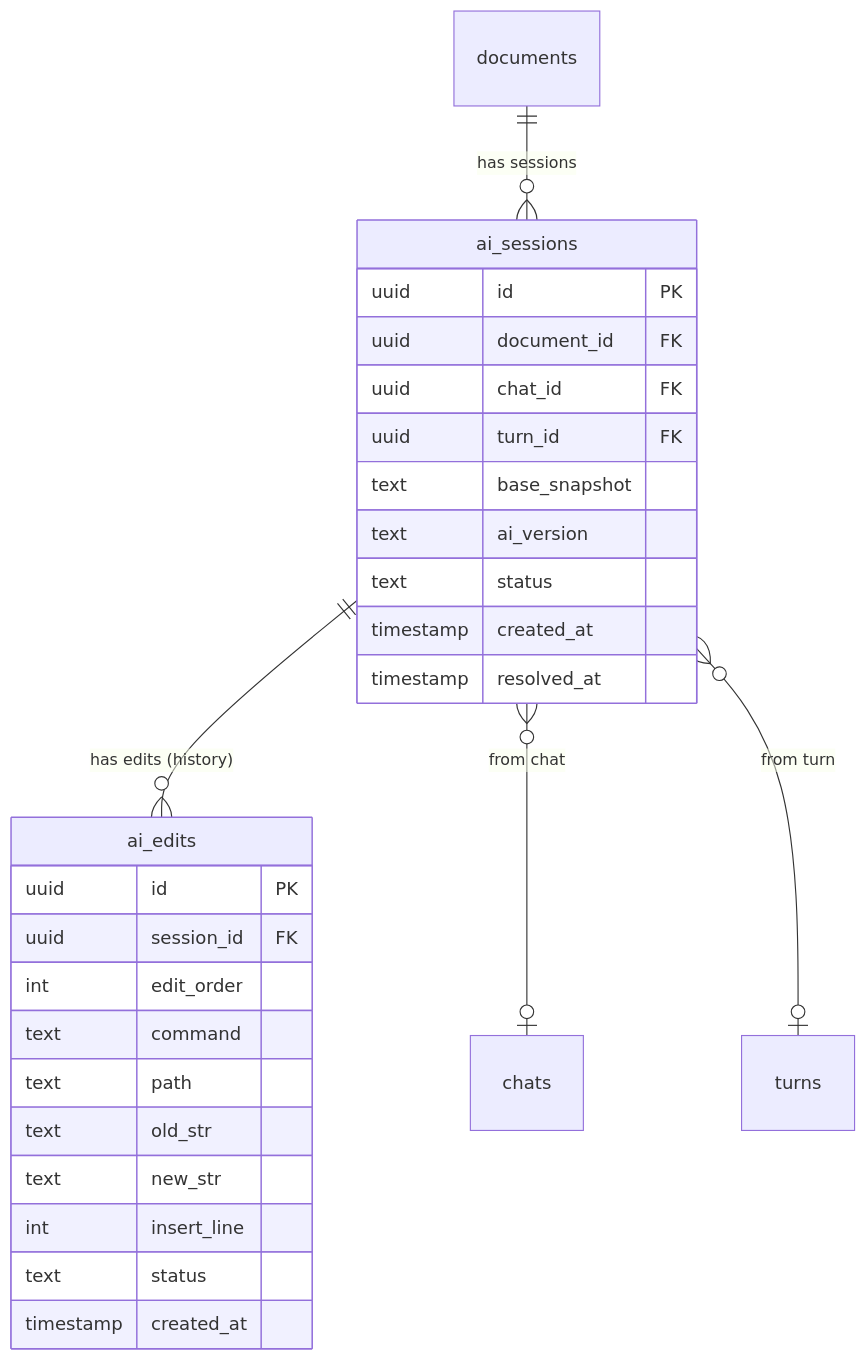
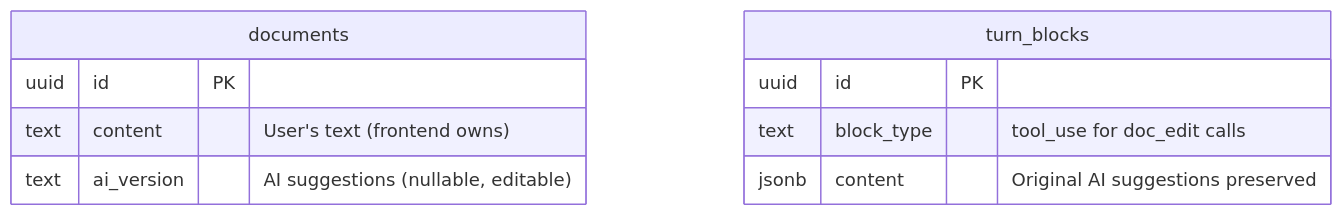
Before and after one commit to haowjy/meridian: the diagram in _docs/plans/ai-editing/phase-1-version-db.md, drawn with Mermaid. The commit also changed other lines of this file and 18 other files, not shown here.

````diff
--- a/_docs/plans/ai-editing/phase-1-version-db.md
+++ b/_docs/plans/ai-editing/phase-1-version-db.md
@@ -17,32 +18,14 @@
 ```mermaid
 erDiagram
-    documents ||--o{ ai_sessions : "has sessions"
-    ai_sessions ||--o{ ai_edits : "has edits (history)"
-    ai_sessions }o--o| chats : "from chat"
-    ai_sessions }o--o| turns : "from turn"
-
-    ai_sessions {
+    documents {
         uuid id PK
-        uuid document_id FK
-        uuid chat_id FK
-        uuid turn_id FK
-        text base_snapshot
-        text ai_version
-        text status
-        timestamp created_at
-        timestamp resolved_at
+        text content "User's text (frontend owns)"
+        text ai_version "AI suggestions (nullable, editable)"
     }
 
-    ai_edits {
+    turn_blocks {
         uuid id PK
-        uuid session_id FK
-        int edit_order
-        text command
-        text path
-        text old_str
-        text new_str
-        int insert_line
-        text status
-        timestamp created_at
+        text block_type "tool_use for doc_edit calls"
+        jsonb content "Original AI suggestions preserved"
     }
 ```
````
